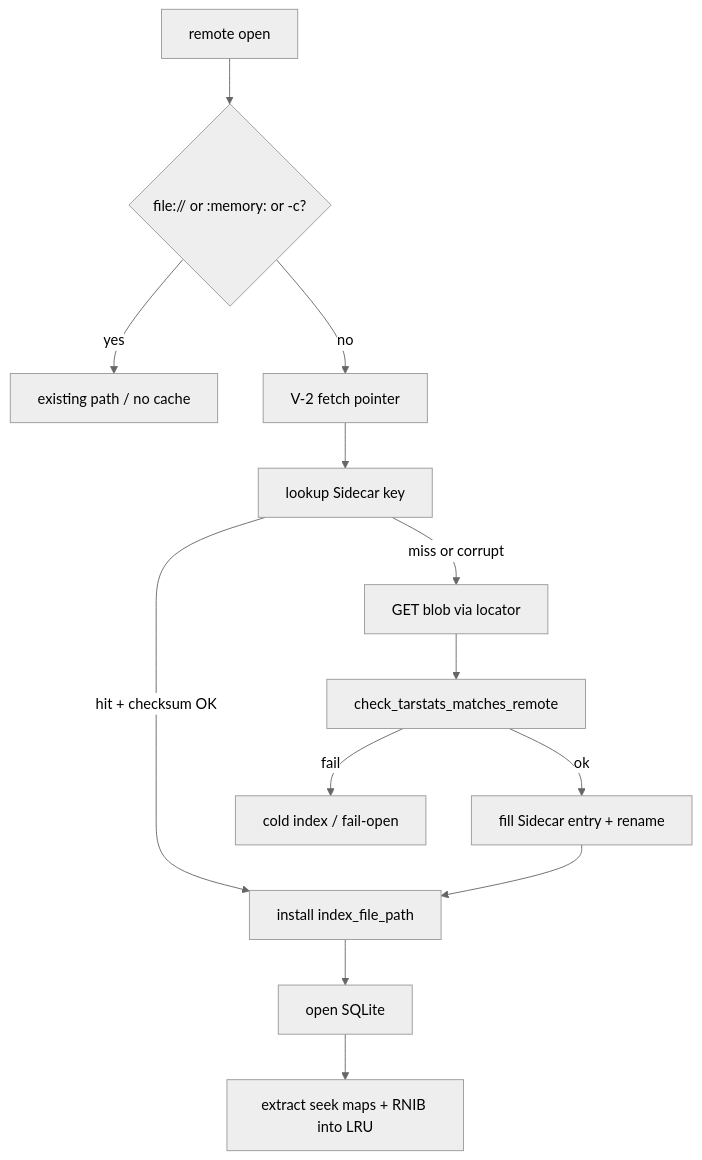
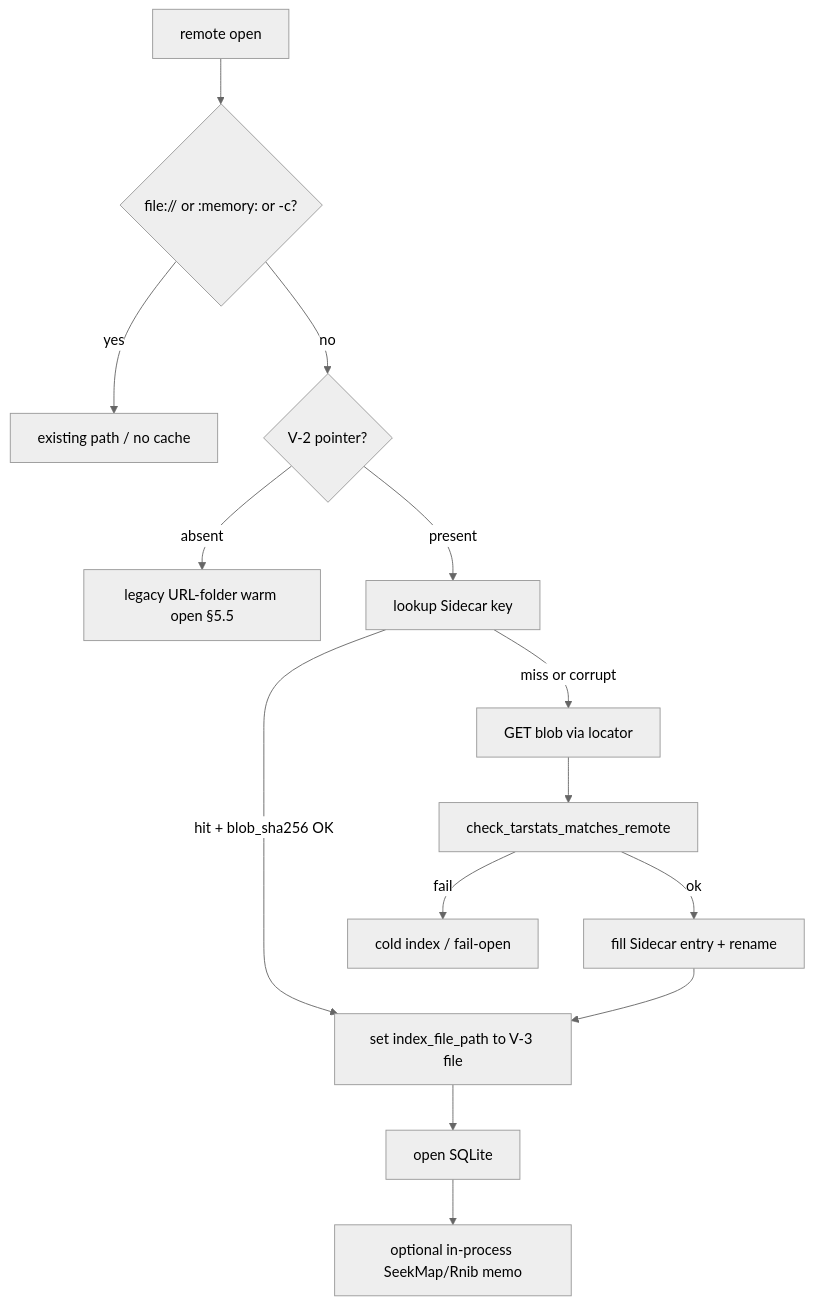
One commit to hilather/ratarmount-rs changed the diagram in docs/tasks/plans/v3-read-through-sidecar-cache.md. Above: the diagram before and after it, drawn with Mermaid (neutral theme). The commit also changed other lines of this file, not shown here.

````diff
--- a/docs/tasks/plans/v3-read-through-sidecar-cache.md
+++ b/docs/tasks/plans/v3-read-through-sidecar-cache.md
@@ -189,15 +196,16 @@
 ```mermaid
 flowchart TD
   A[remote open] --> B{file:// or :memory: or -c?}
   B -->|yes| Z[existing path / no cache]
-  B -->|no| C[V-2 fetch pointer]
-  C --> D[lookup Sidecar key]
-  D -->|hit + checksum OK| E[install index_file_path]
+  B -->|no| C{V-2 pointer?}
+  C -->|absent| L[legacy URL-folder warm open §5.5]
+  C -->|present| D[lookup Sidecar key]
+  D -->|hit + blob_sha256 OK| E[set index_file_path to V-3 file]
   D -->|miss or corrupt| F[GET blob via locator]
   F --> G[check_tarstats_matches_remote]
   G -->|fail| H[cold index / fail-open]
   G -->|ok| I[fill Sidecar entry + rename]
   I --> E
   E --> J[open SQLite]
-  J --> K[extract seek maps + RNIB into LRU]
+  J --> K[optional in-process SeekMap/Rnib memo]
 ```
````
